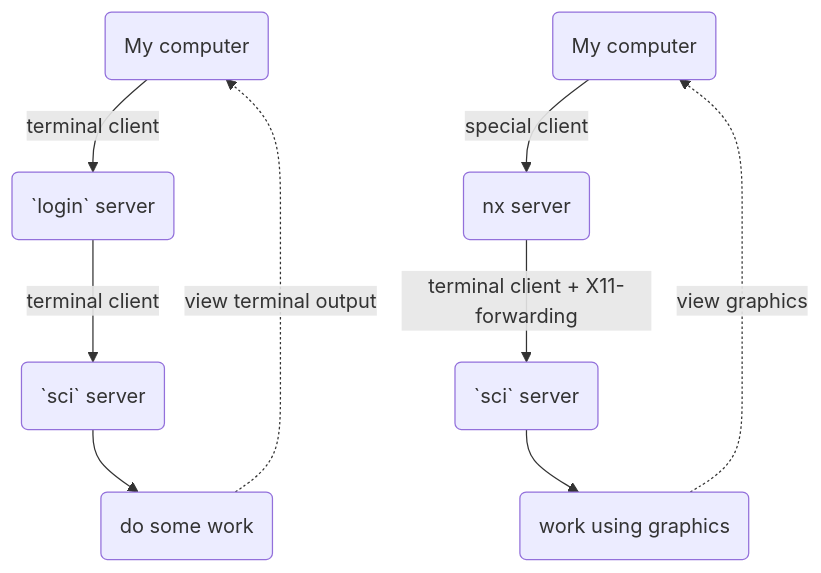
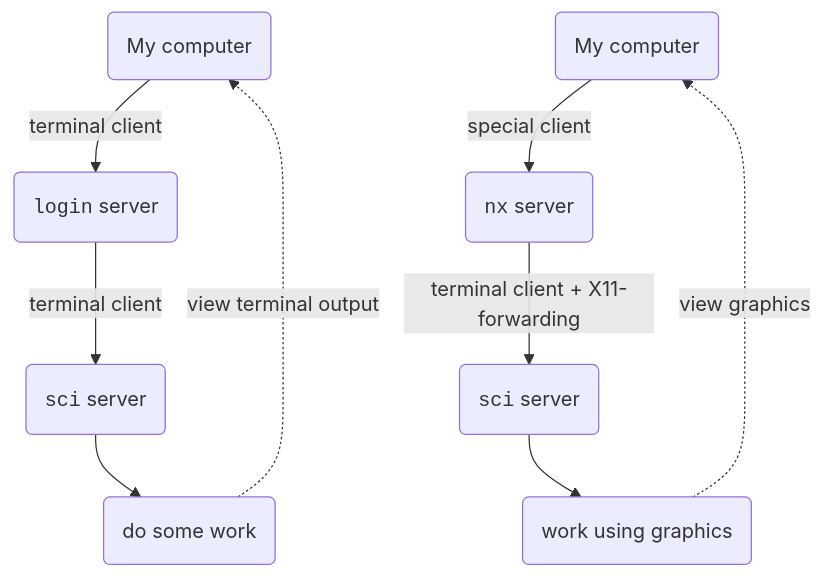
One commit to cedadev/jasmin-workshop changed the second of 2 diagrams in exercises/ex01/README.md. Above: the diagram before and after it, drawn with Mermaid. The commit also changed other lines of this file, not shown here.

Commit message:
Fix inline code blocks in mermaid diagrams

````diff
--- a/exercises/ex01/README.md
+++ b/exercises/ex01/README.md
@@ -212,16 +212,16 @@
 ```mermaid
 flowchart TD
    id1(My computer)
-   -- terminal client -->id2(`login` server)
-   -- terminal client -->id3(`sci` server)
+   -- terminal client -->id2(<code>login</code> server)
+   -- terminal client -->id3(<code>sci</code> server)
    -->id4(do some work)
 
    id4-. view terminal output .->id1
 
    id5(My computer)
-   -- special client -->id6(nx server)
-   -- terminal client + X11-forwarding -->id7(`sci` server)
+   -- special client -->id6(<code>nx</code> server)
+   -- terminal client + X11-forwarding -->id7(<code>sci</code> server)
    -->id8(work using graphics)
    
    id8-. view graphics .->id5
 ```
````
